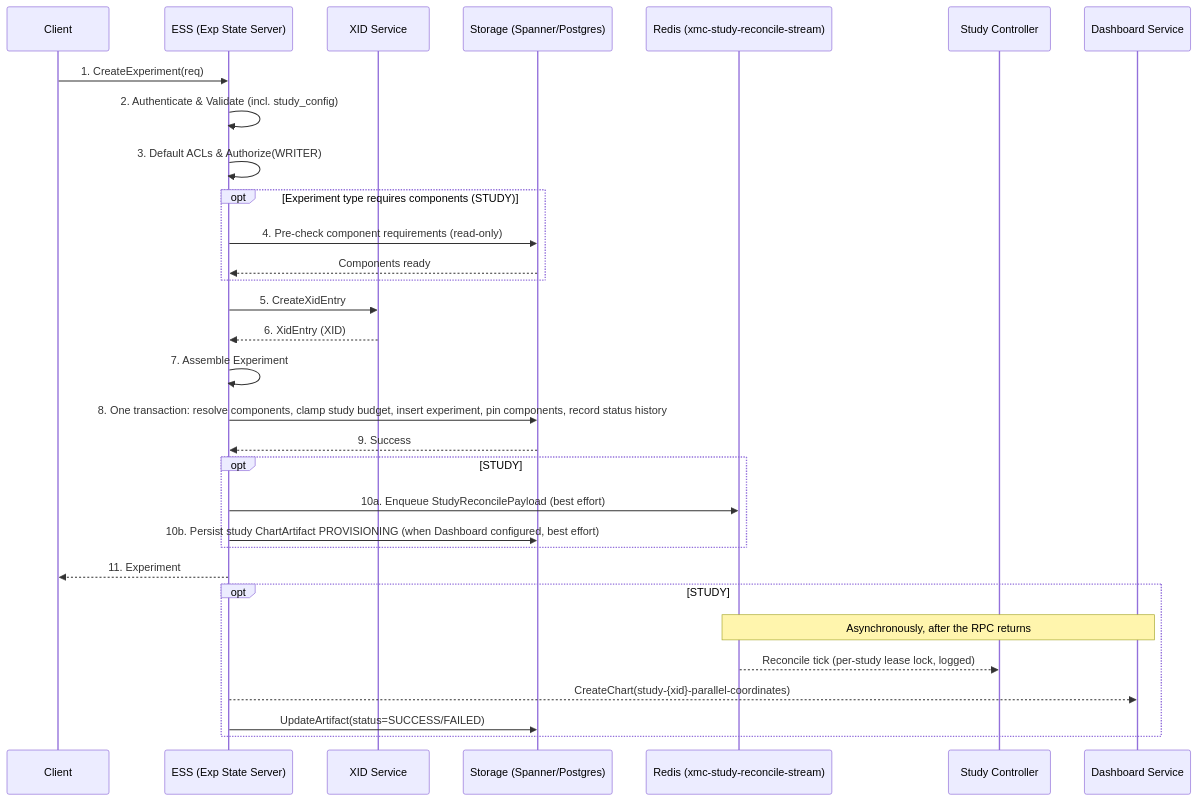
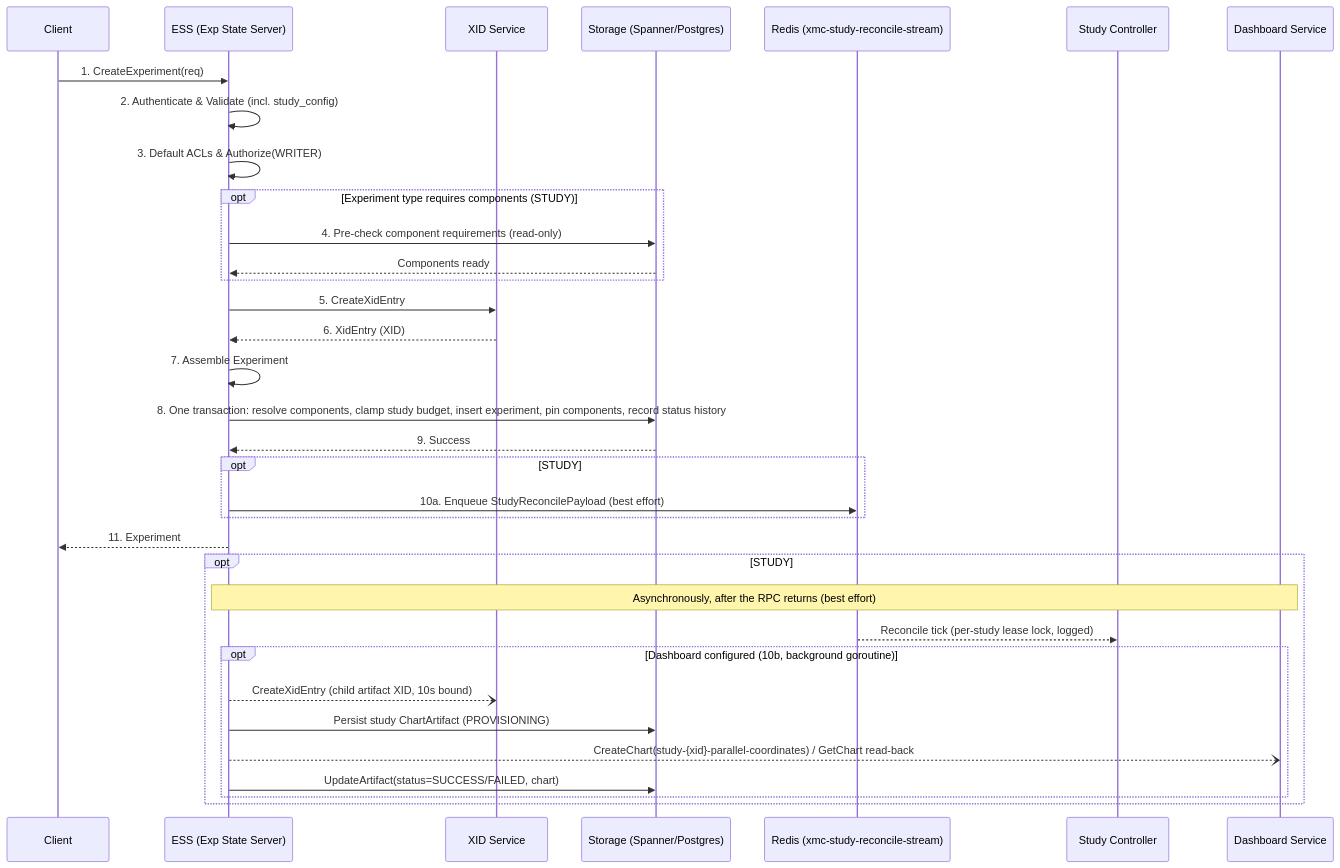
Before and after one commit to google/xmc: the first of 4 diagrams in docs/flows/experiment_lifecycle.md, drawn with Mermaid. The commit also changed 11 other files, not shown here.

````diff
--- a/docs/flows/experiment_lifecycle.md
+++ b/docs/flows/experiment_lifecycle.md
@@ -14,34 +14,37 @@
 ```mermaid
 sequenceDiagram
     participant Client
     participant ESS as ESS (Exp State Server)
     participant XID as XID Service
     participant Storage as Storage (Spanner/Postgres)
     participant Redis as Redis (xmc-study-reconcile-stream)
     participant SC as Study Controller
     participant DS as Dashboard Service
 
     Client->>ESS: 1. CreateExperiment(req)
     ESS->>ESS: 2. Authenticate & Validate (incl. study_config)
     ESS->>ESS: 3. Default ACLs & Authorize(WRITER)
     opt Experiment type requires components (STUDY)
         ESS->>Storage: 4. Pre-check component requirements (read-only)
         Storage-->>ESS: Components ready
     end
     ESS->>XID: 5. CreateXidEntry
     XID-->>ESS: 6. XidEntry (XID)
     ESS->>ESS: 7. Assemble Experiment
     ESS->>Storage: 8. One transaction: resolve components, clamp study budget, insert experiment, pin components, record status history
     Storage-->>ESS: 9. Success
     opt STUDY
         ESS->>Redis: 10a. Enqueue StudyReconcilePayload (best effort)
-        ESS->>Storage: 10b. Persist study ChartArtifact PROVISIONING (when Dashboard configured, best effort)
     end
     ESS-->>Client: 11. Experiment
     opt STUDY
-        Note over Redis,DS: Asynchronously, after the RPC returns
+        Note over ESS,DS: Asynchronously, after the RPC returns (best effort)
         Redis-->>SC: Reconcile tick (per-study lease lock, logged)
-        ESS-->>DS: CreateChart(study-{xid}-parallel-coordinates)
-        ESS->>Storage: UpdateArtifact(status=SUCCESS/FAILED)
+        opt Dashboard configured (10b, background goroutine)
+            ESS--)XID: CreateXidEntry (child artifact XID, 10s bound)
+            ESS->>Storage: Persist study ChartArtifact (PROVISIONING)
+            ESS--)DS: CreateChart(study-{xid}-parallel-coordinates) / GetChart read-back
+            ESS->>Storage: UpdateArtifact(status=SUCCESS/FAILED, chart)
+        end
     end
 ```
````
